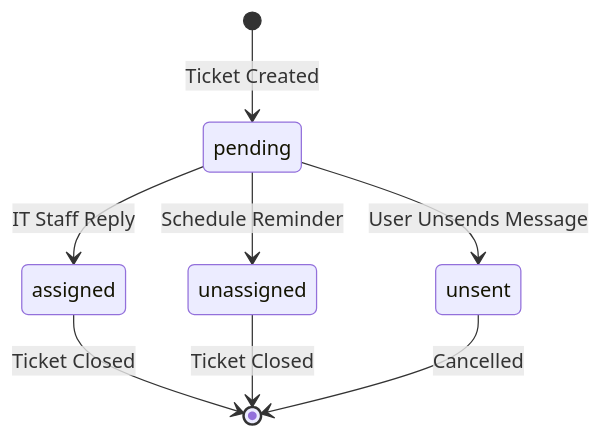
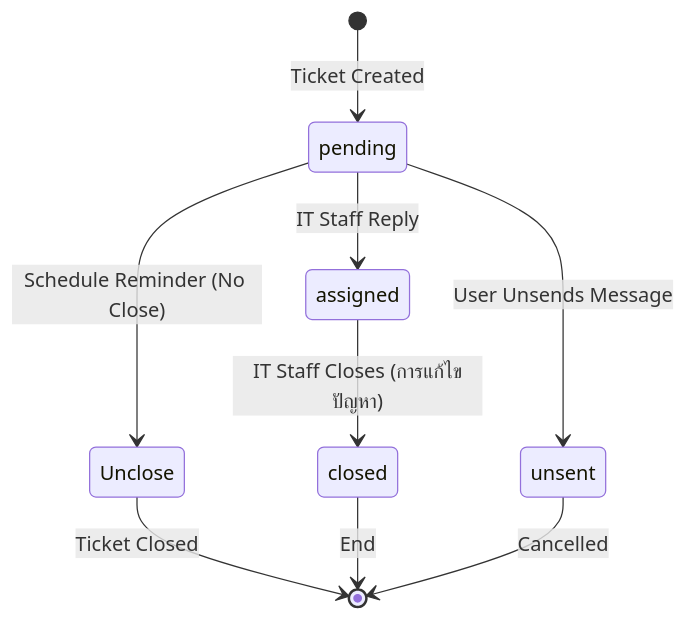
Before and after one commit to Piyabordee/n8n-auto-ticket-system: the second of 2 diagrams in README.md, drawn with Mermaid. The commit also changed other lines of this file and 3 other files, not shown here.

Commit message:
Update workflows: Remove 12:00 trigger from Schedule Ticket Unclose and enhance Auto Close Ticket SQL query

````diff
--- a/README.md
+++ b/README.md
@@ -225,10 +256,11 @@
 ```mermaid
 stateDiagram-v2
     [*] --> pending : Ticket Created
     pending --> assigned : IT Staff Reply
-    pending --> unassigned : Schedule Reminder
+    pending --> Unclose : Schedule Reminder (No Close)
     pending --> unsent : User Unsends Message
-    assigned --> [*] : Ticket Closed
-    unassigned --> [*] : Ticket Closed
+    assigned --> closed : IT Staff Closes (การแก้ไขปัญหา)
+    Unclose --> [*] : Ticket Closed
+    closed --> [*] : End
     unsent --> [*] : Cancelled
 ```
````
